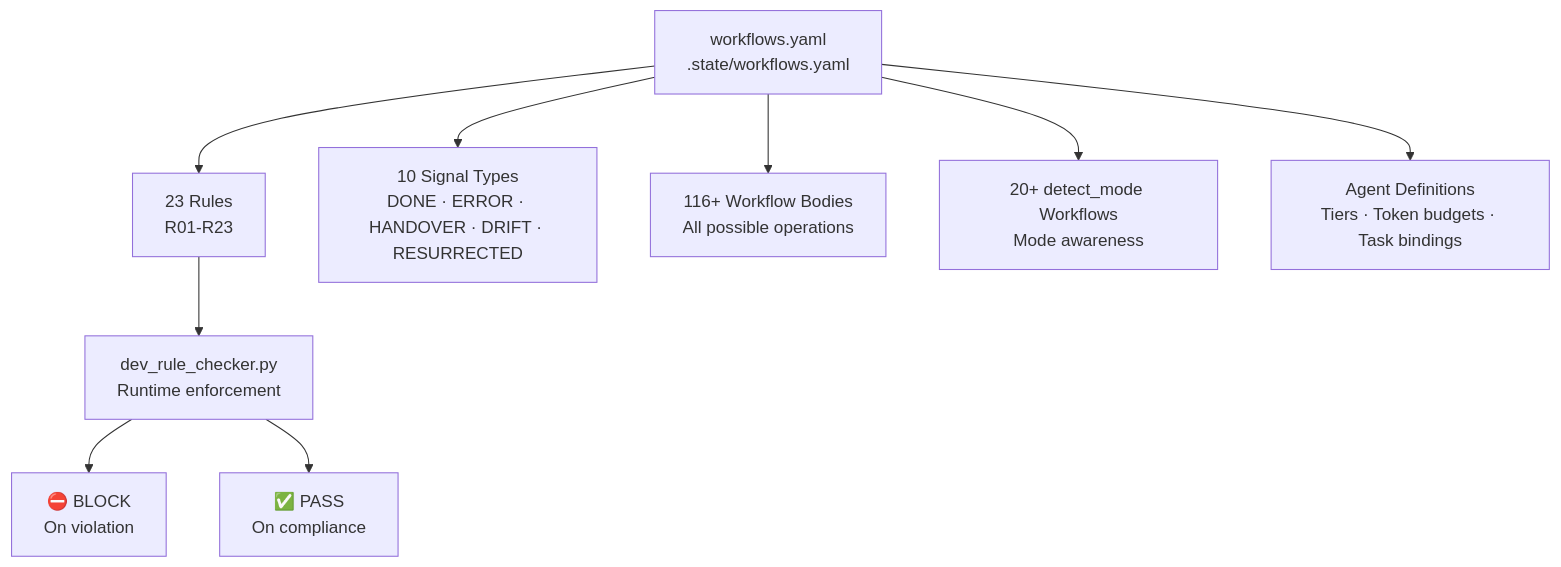
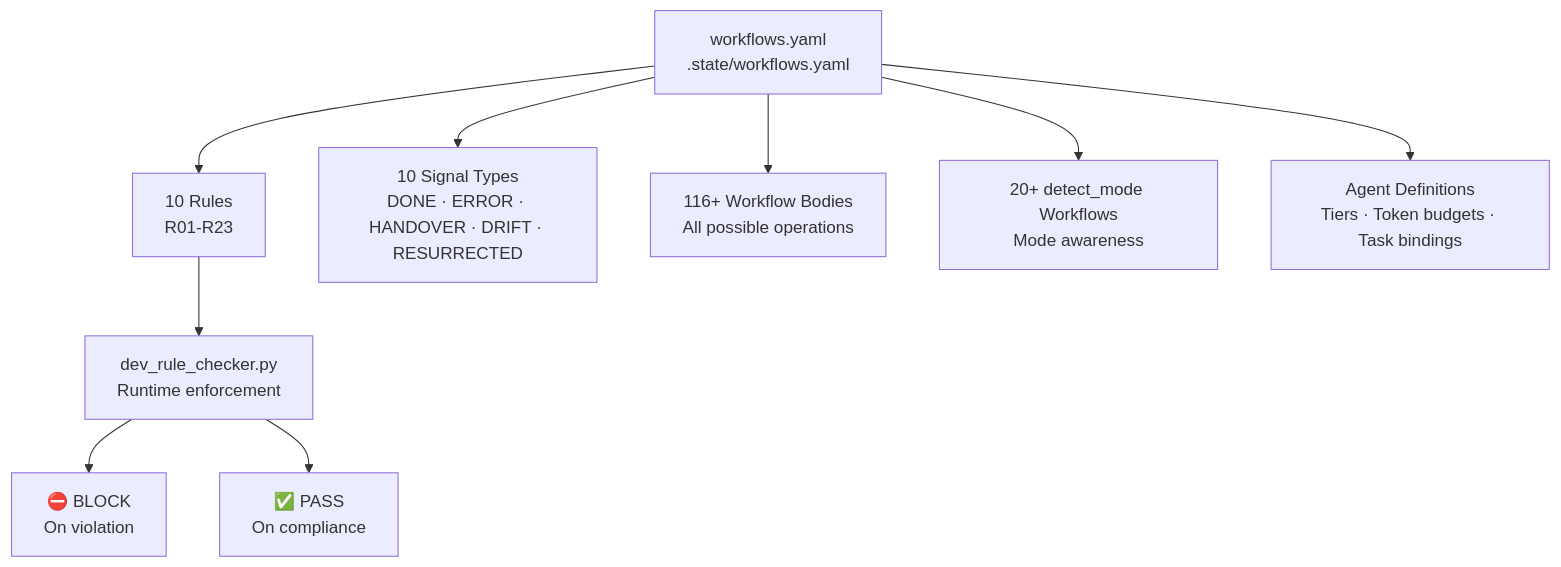
One commit to mczardybon/mas-engineer changed the third of 5 diagrams in docs/architecture.md. Above: the diagram before and after it, drawn with Mermaid. The commit also changed other lines of this file and 23 other files, not shown here.

````diff
--- a/docs/architecture.md
+++ b/docs/architecture.md
@@ -162,12 +160,12 @@
 ```mermaid
 graph TD
-    SOT["workflows.yaml\n.state/workflows.yaml"] --> RULES["23 Rules\nR01-R23"]
+    SOT["workflows.yaml\n.state/workflows.yaml"] --> RULES["10 Rules\nR01-R23"]
     SOT --> SIGNALS["10 Signal Types\nDONE · ERROR · HANDOVER · DRIFT · RESURRECTED"]
     SOT --> WORKFLOWS["116+ Workflow Bodies\nAll possible operations"]
     SOT --> MODES["20+ detect_mode Workflows\nMode awareness"]
     SOT --> AGENTS["Agent Definitions\nTiers · Token budgets · Task bindings"]
 
     RULES --> CHECKER["dev_rule_checker.py\nRuntime enforcement"]
     CHECKER --> BLOCK["⛔ BLOCK\nOn violation"]
     CHECKER --> PASS["✅ PASS\nOn compliance"]
 ```
````
